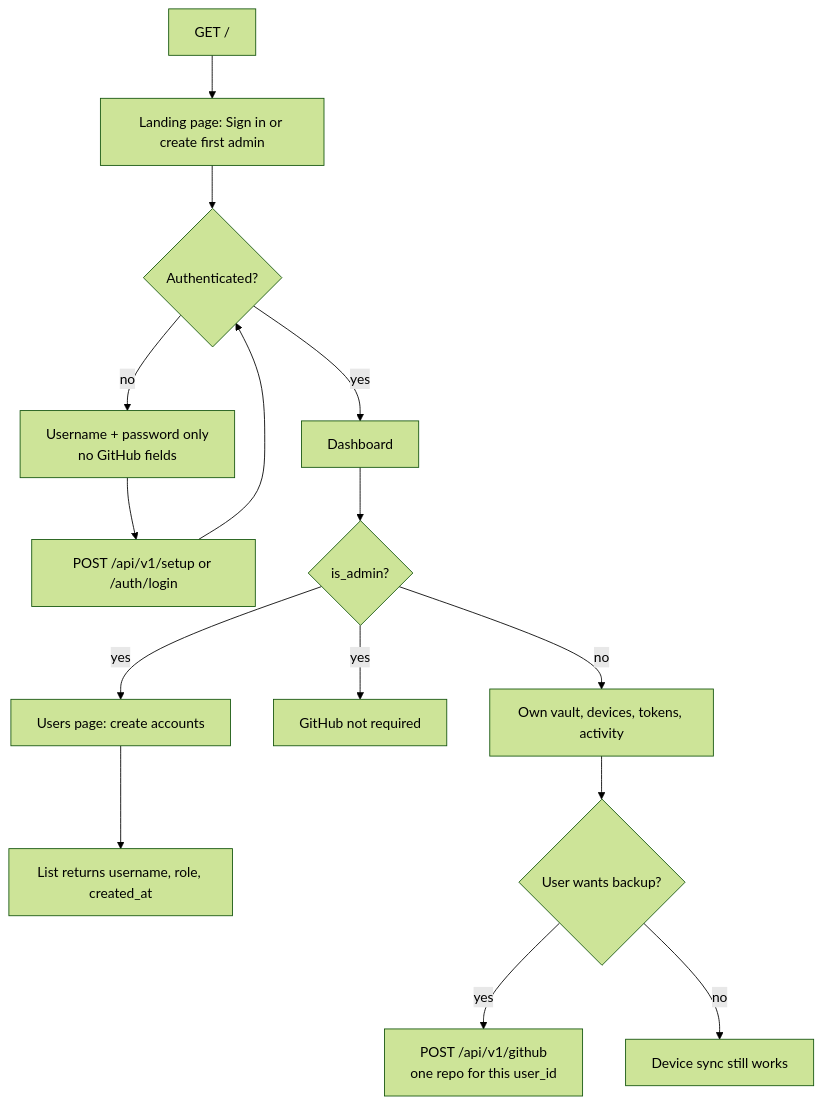
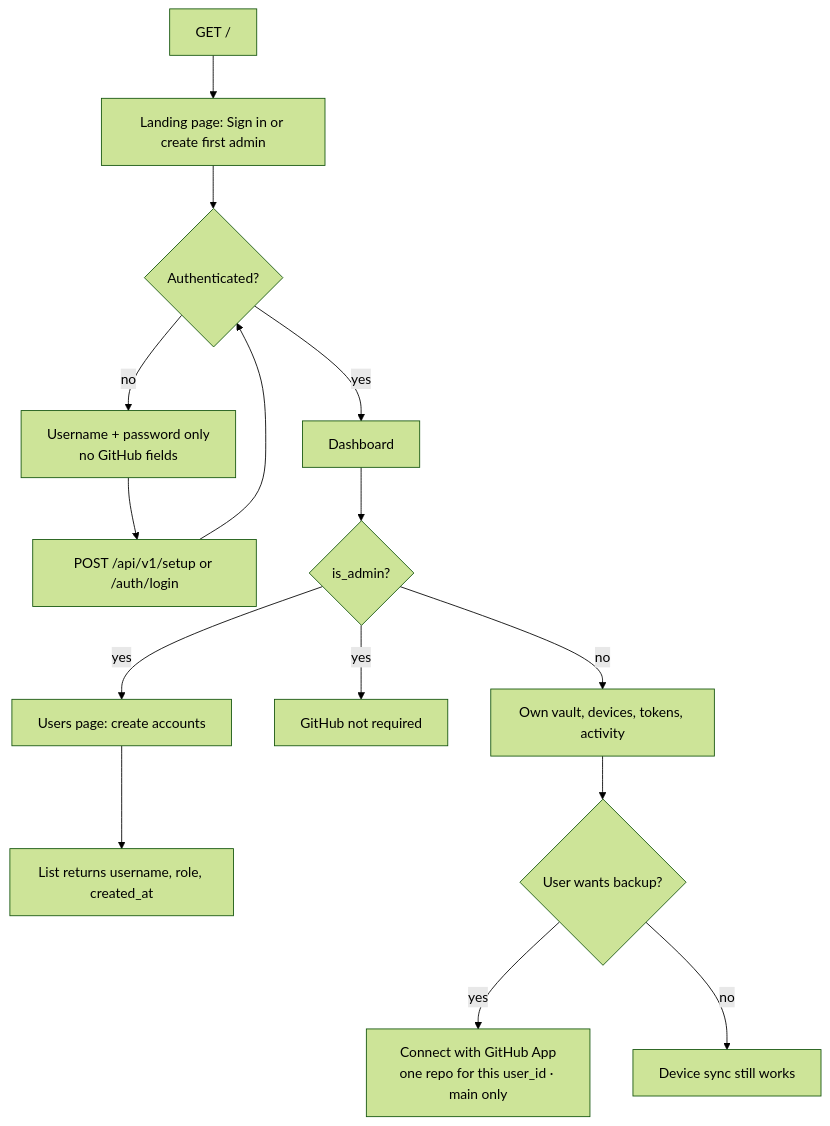
One commit to shangeethsivan/Syncidian changed the fourth of 13 diagrams in docs/architecture.md. Above: the diagram before and after it, drawn with Mermaid (forest theme). The commit also changed other lines of this file and 13 other files, not shown here.

First line of the commit message:
Connect GitHub with an App instead of personal access tokens

````diff
--- a/docs/architecture.md
+++ b/docs/architecture.md
@@ -125,19 +126,19 @@
 ```mermaid
 flowchart TD
   Open["GET /"] --> Land["Landing page: Sign in or create first admin"]
   Land --> Auth{"Authenticated?"}
   Auth -->|no| Form["Username + password only<br/>no GitHub fields"]
   Form --> Setup["POST /api/v1/setup or /auth/login"]
   Setup --> Auth
   Auth -->|yes| Dash["Dashboard"]
 
   Dash --> Admin{"is_admin?"}
   Admin -->|yes| Manage["Users page: create accounts"]
   Manage --> Public["List returns username, role, created_at"]
   Admin -->|yes| Skip["GitHub not required"]
 
   Admin -->|no| Own["Own vault, devices, tokens, activity"]
   Own --> GH{"User wants backup?"}
-  GH -->|yes| One["POST /api/v1/github<br/>one repo for this user_id"]
+  GH -->|yes| One["Connect with GitHub App<br/>one repo for this user_id · main only"]
   GH -->|no| SyncOnly["Device sync still works"]
 ```
````
